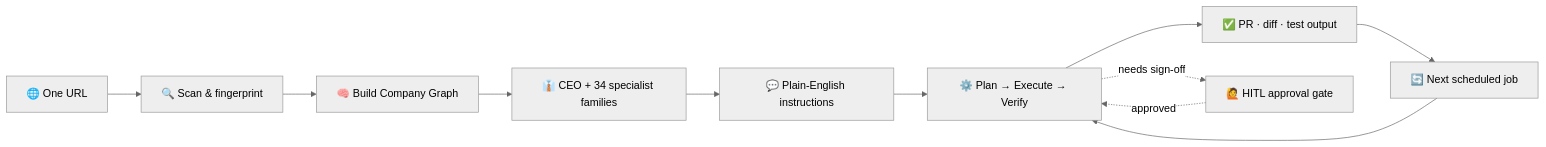
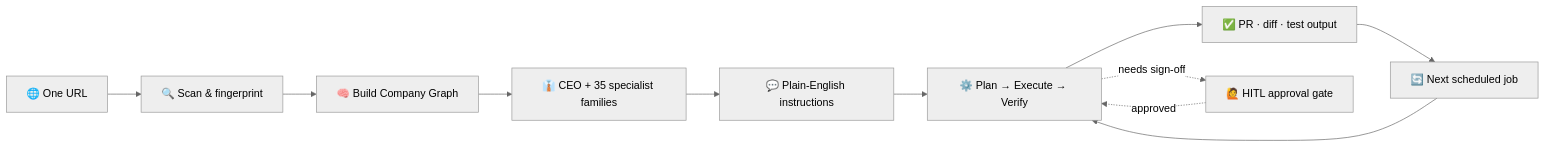
One commit to strikersam/autonomous-ai-agency changed the diagram in README.md. Above: the diagram before and after it, drawn with Mermaid (neutral theme). The commit also changed other lines of this file and 12 other files, not shown here.

````diff
--- a/README.md
+++ b/README.md
@@ -123,13 +123,13 @@
 ```mermaid
 flowchart LR
     A["🌐 One URL"] --> B["🔍 Scan & fingerprint"]
     B --> C["🧠 Build Company Graph"]
-    C --> D["👔 CEO + 34 specialist families"]
+    C --> D["👔 CEO + 35 specialist families"]
     D --> E["💬 Plain-English instructions"]
     E --> F["⚙️ Plan → Execute → Verify"]
     F --> G["✅ PR · diff · test output"]
     F -. "needs sign-off" .-> H["🙋 HITL approval gate"]
     H -. "approved" .-> F
     G --> I["🔄 Next scheduled job"]
     I --> F
 ```
````
